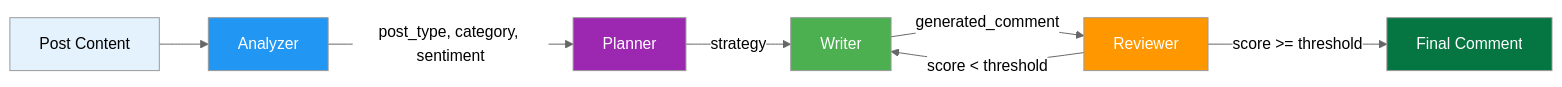
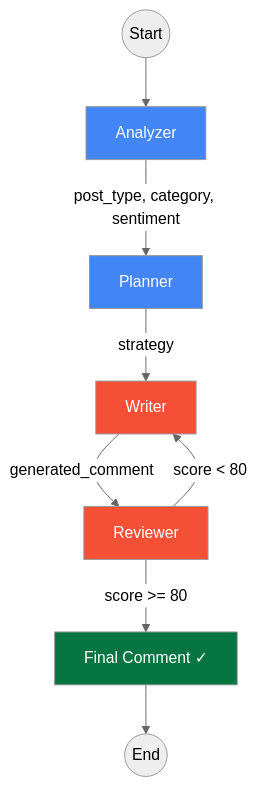
Before and after one commit to himanshu231204/linkedin-ai-comment-copilot: the third of 4 diagrams in README.md, drawn with Mermaid (neutral theme). The commit also changed other lines of this file and 6 other files, not shown here.

````diff
--- a/README.md
+++ b/README.md
@@ -84,16 +110,16 @@
 ```mermaid
-graph LR
-    A[Post Content] --> B[Analyzer]
-    B -->|post_type, category, sentiment| C[Planner]
-    C -->|strategy| D[Writer]
-    D -->|generated_comment| E[Reviewer]
-    E -->|score >= threshold| F[Final Comment]
-    E -->|score < threshold| D
+graph TD
+    START((Start)) --> A[Analyzer]
+    A -->|post_type, category, sentiment| B[Planner]
+    B -->|strategy| C[Writer]
+    C -->|generated_comment| D[Reviewer]
+    D -->|"score >= 80"| E["Final Comment ✓"]
+    D -->|"score < 80"| C
+    E --> END((End))
     
-    style A fill:#E3F2FD
-    style B fill:#2196F3,color:#fff
-    style C fill:#9C27B0,color:#fff
-    style D fill:#4CAF50,color:#fff
-    style E fill:#FF9800,color:#fff
-    style F fill:#057642,color:#fff
+    style A fill:#4285F4,color:#fff
+    style B fill:#4285F4,color:#fff
+    style C fill:#F55036,color:#fff
+    style D fill:#F55036,color:#fff
+    style E fill:#057642,color:#fff
 ```
````
